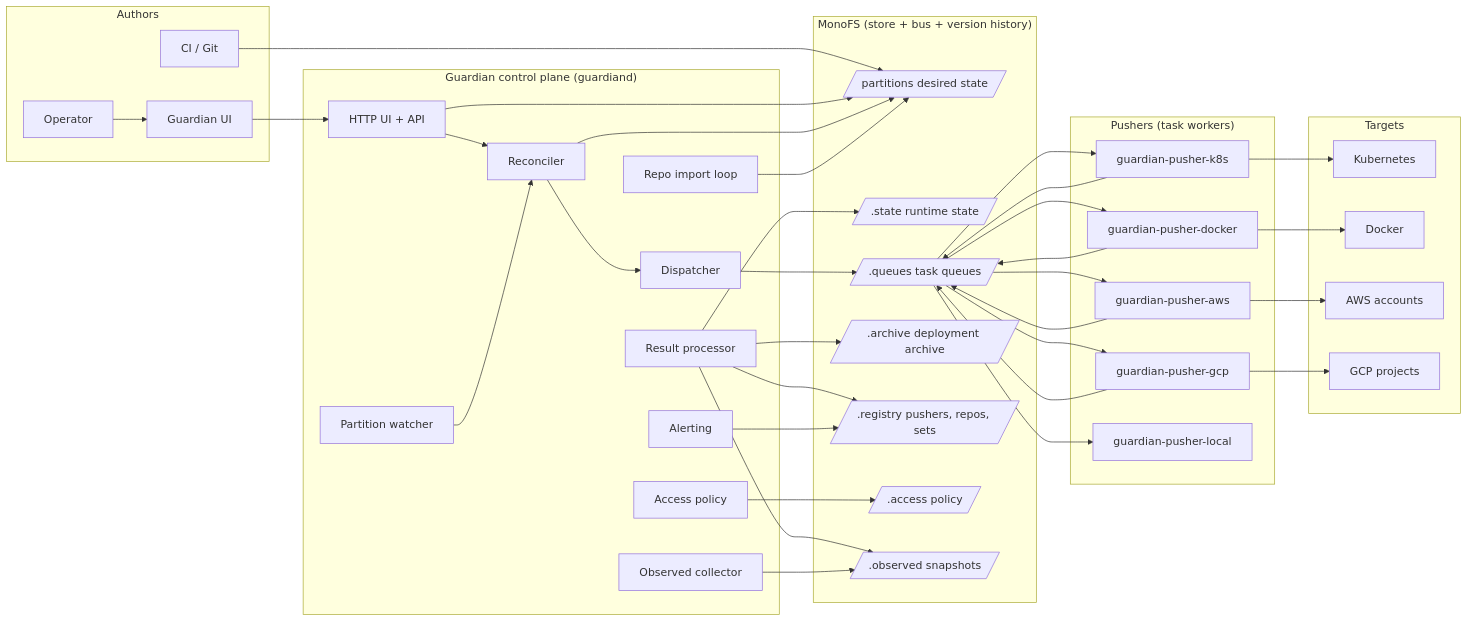
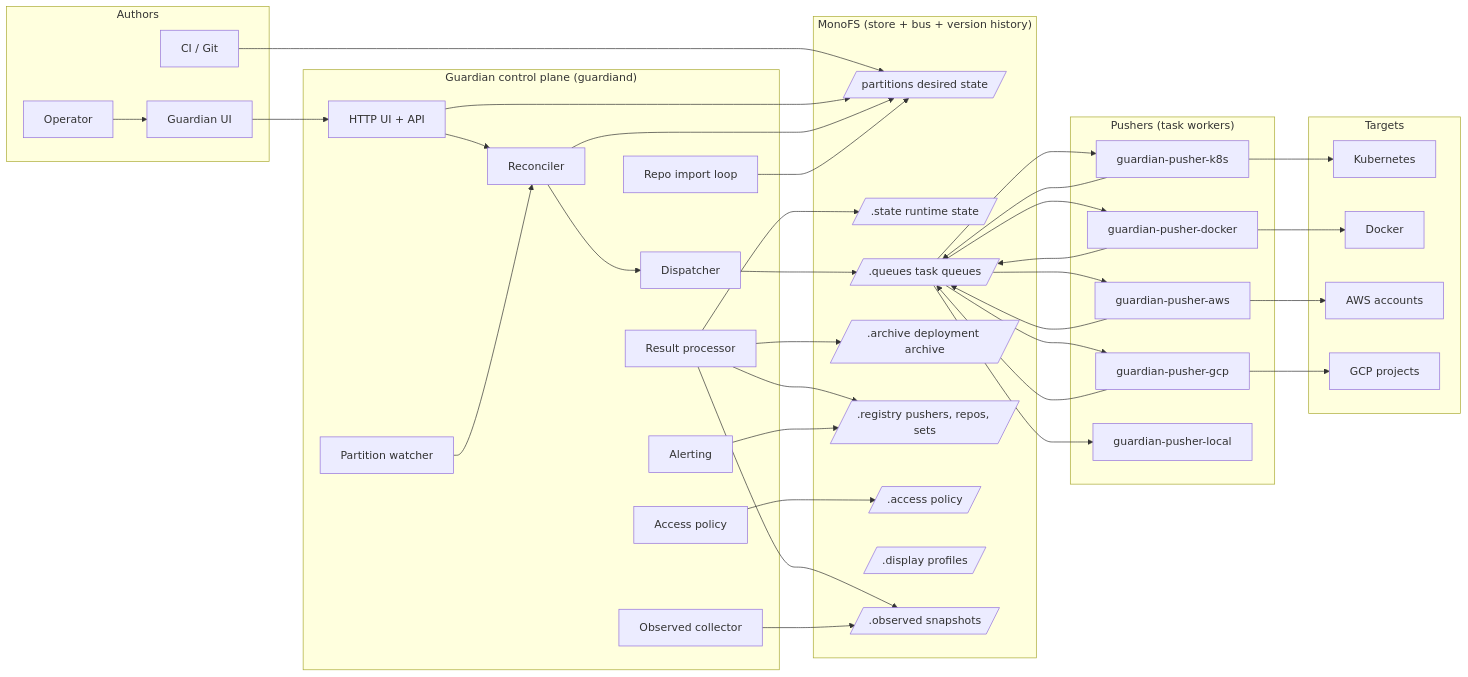
One commit to radryc/guardian changed the first of 4 diagrams in docs/architecture.md. Above: the diagram before and after it, drawn with Mermaid. The commit also changed other lines of this file and 11 other files, not shown here.

First line of the commit message:
docs: fold forge and GCP pusher design into architecture docs

````diff
--- a/docs/architecture.md
+++ b/docs/architecture.md
@@ -23,76 +23,77 @@
 ```mermaid
 flowchart LR
     subgraph Authors
         OP[Operator]
         CI[CI / Git]
         UI[Guardian UI]
     end
 
     subgraph ControlPlane["Guardian control plane (guardiand)"]
         API[HTTP UI + API]
         REC[Reconciler]
         WATCH[Partition watcher]
         DISP[Dispatcher]
         RES[Result processor]
         OBS[Observed collector]
         ALERT[Alerting]
         ACC[Access policy]
         RIMPORT[Repo import loop]
     end
 
     subgraph Storage["MonoFS (store + bus + version history)"]
         DESIRED[/partitions desired state/]
         STATE[/.state runtime state/]
         QUEUE[/.queues task queues/]
         ARCHIVE[/.archive deployment archive/]
         REG[/.registry pushers, repos, sets/]
         ACCESS[/.access policy/]
+        DISPLAY[/.display profiles/]
         OBSERVED[/.observed snapshots/]
     end
 
     subgraph Workers["Pushers (task workers)"]
         K8S[guardian-pusher-k8s]
         DOCKER[guardian-pusher-docker]
         AWS[guardian-pusher-aws]
         GCP[guardian-pusher-gcp]
         LOCAL[guardian-pusher-local]
     end
 
     subgraph Targets
         K[Kubernetes]
         D[Docker]
         A[AWS accounts]
         G[GCP projects]
     end
 
     OP --> UI
     CI --> DESIRED
     UI --> API
     API --> DESIRED
     API --> REC
     WATCH --> REC
     REC --> DESIRED
     REC --> DISP
     DISP --> QUEUE
     QUEUE --> K8S
     QUEUE --> DOCKER
     QUEUE --> AWS
     QUEUE --> GCP
     QUEUE --> LOCAL
     K8S --> K
     DOCKER --> D
     AWS --> A
     GCP --> G
     K8S --> QUEUE
     DOCKER --> QUEUE
     AWS --> QUEUE
     GCP --> QUEUE
     RES --> STATE
     RES --> ARCHIVE
     RES --> REG
     RES --> OBSERVED
     OBS --> OBSERVED
     ALERT --> REG
     ACC --> ACCESS
     RIMPORT --> DESIRED
 ```
````
